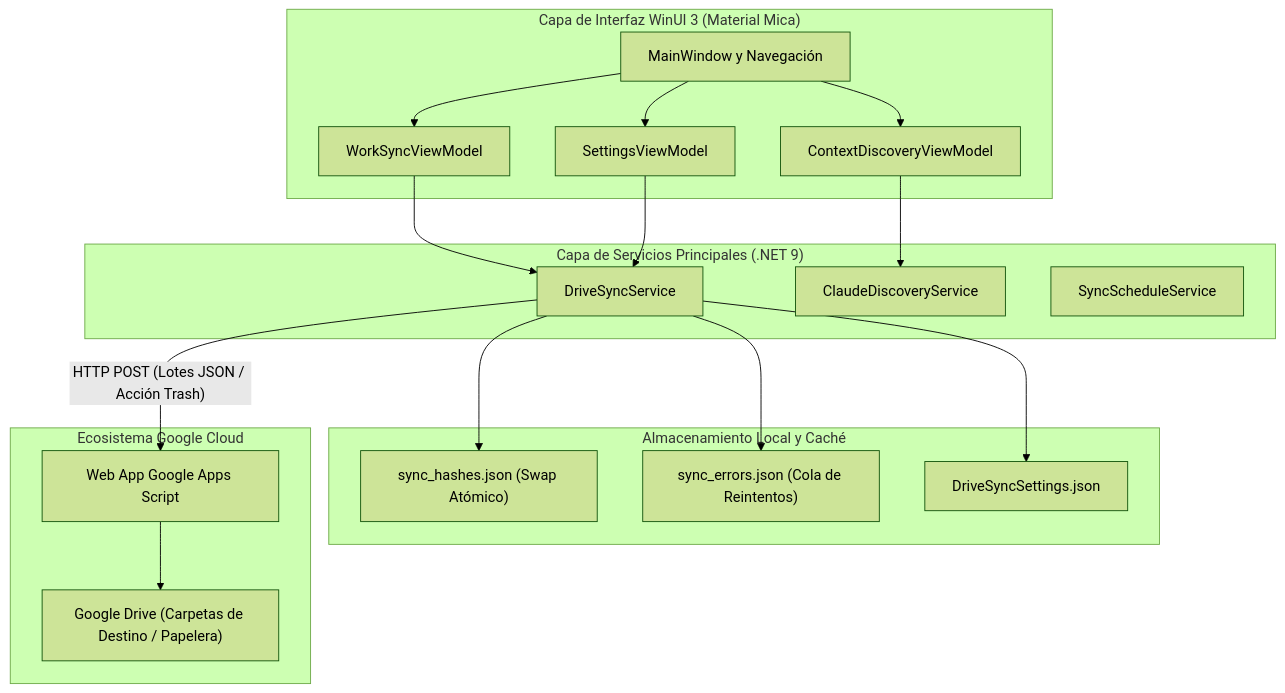
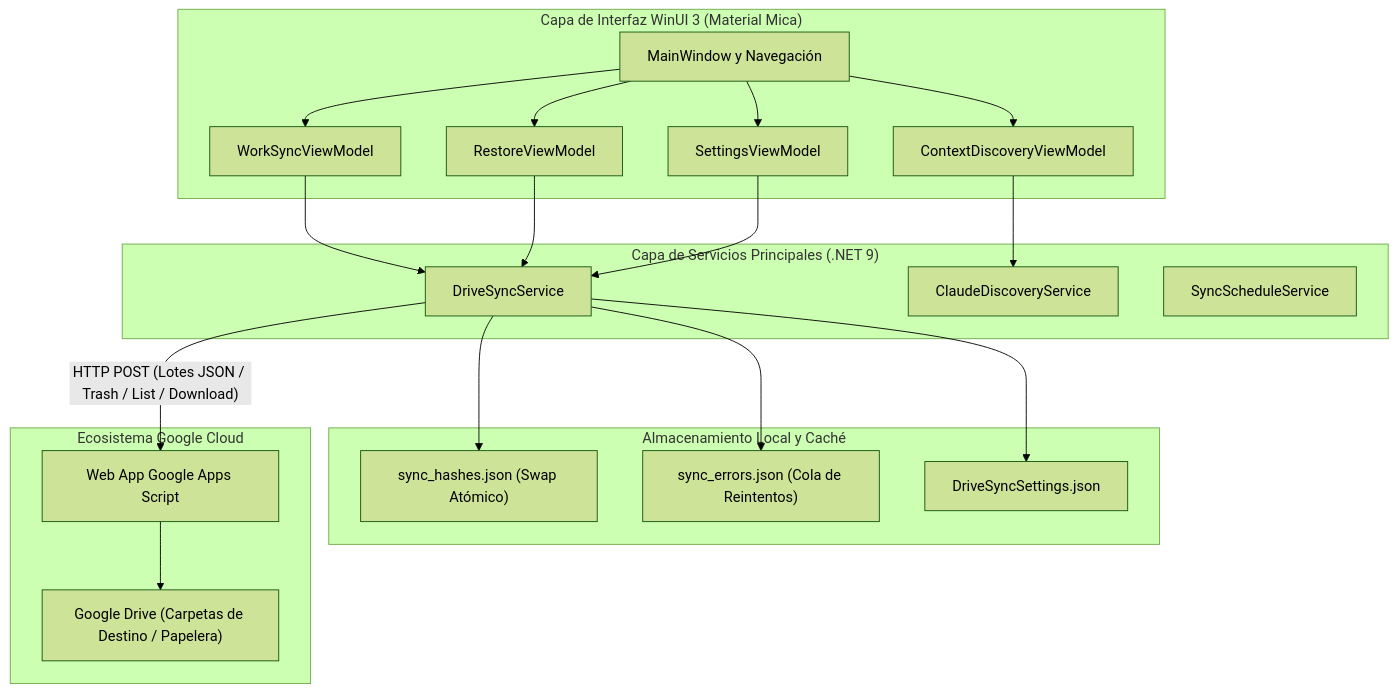
The diagram in README.es.md (AnaCataVC/google-drive-work-sync), drawn with Mermaid (forest theme) before and after one commit. The commit also changed other lines of this file and 4 other files, not shown here.

````diff
--- a/README.es.md
+++ b/README.es.md
@@ -74,34 +86,36 @@
 ```mermaid
 flowchart TD
     subgraph UI ["Capa de Interfaz WinUI 3 (Material Mica)"]
         MW[MainWindow y Navegación]
         WSV[WorkSyncViewModel]
         CDV[ContextDiscoveryViewModel]
+        RV[RestoreViewModel]
         SV[SettingsViewModel]
     end
 
     subgraph CoreServices ["Capa de Servicios Principales (.NET 9)"]
         DSS[DriveSyncService]
         CDS[ClaudeDiscoveryService]
         SSS[SyncScheduleService]
     end
 
     subgraph Storage ["Almacenamiento Local y Caché"]
         SH["sync_hashes.json (Swap Atómico)"]
         SE["sync_errors.json (Cola de Reintentos)"]
         ST["DriveSyncSettings.json"]
     end
 
     subgraph Cloud ["Ecosistema Google Cloud"]
         GAS["Web App Google Apps Script"]
         GDRV["Google Drive (Carpetas de Destino / Papelera)"]
     end
 
-    MW --> WSV & CDV & SV
+    MW --> WSV & CDV & RV & SV
     WSV --> DSS
     CDV --> CDS
+    RV --> DSS
     SV --> DSS
     DSS --> SH & SE & ST
-    DSS -- "HTTP POST (Lotes JSON / Acción Trash)" --> GAS
+    DSS -- "HTTP POST (Lotes JSON / Trash / List / Download)" --> GAS
     GAS --> GDRV
 ```
````
